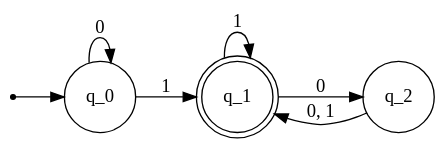
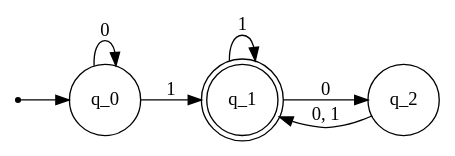
One commit to drnfns/cs1502 changed the diagram in graphs/01_state_machine.gv. Above: the diagram before and after it, drawn with Graphviz. The commit also changed 15 other files, not shown here.

```diff
--- a/graphs/01_state_machine.gv
+++ b/graphs/01_state_machine.gv
@@ -1,15 +1,14 @@
 digraph finite_state_machine {
 	rankdir=LR;
-  bgcolor = "transparent";
   edge [margin = 0.1];
 	node [shape = doublecircle] q_1;
   node [shape=point] start;
 	node [shape = circle];
 
   start -> q_0;
   q_0 -> q_1 [label = "1"];
   q_0 -> q_0 [label = "0"];
   q_1 -> q_2 [label = "0"];
   q_1 -> q_1 [label = "1"];
   q_2 -> q_1 [label = "0, 1"];
 }
```
